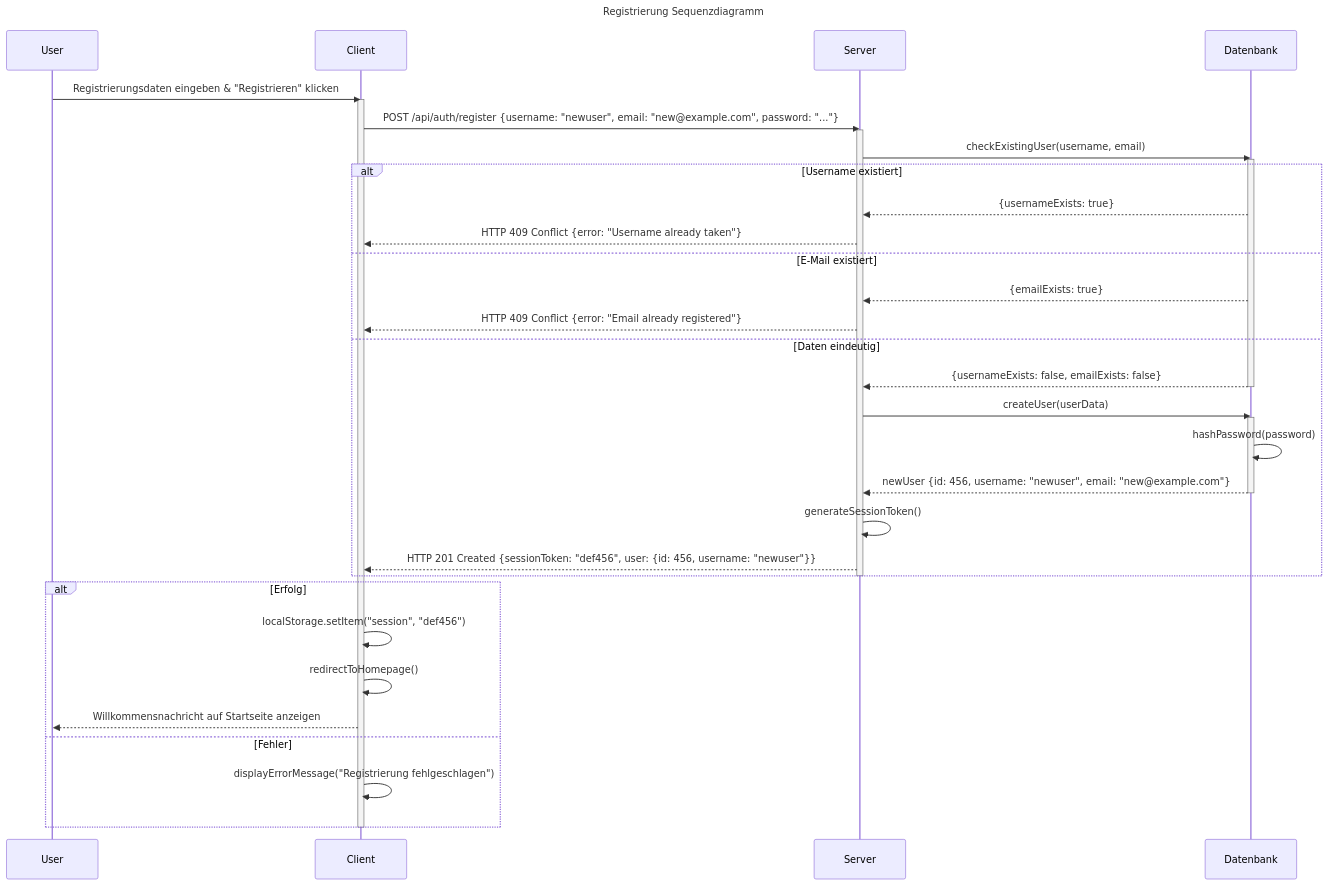
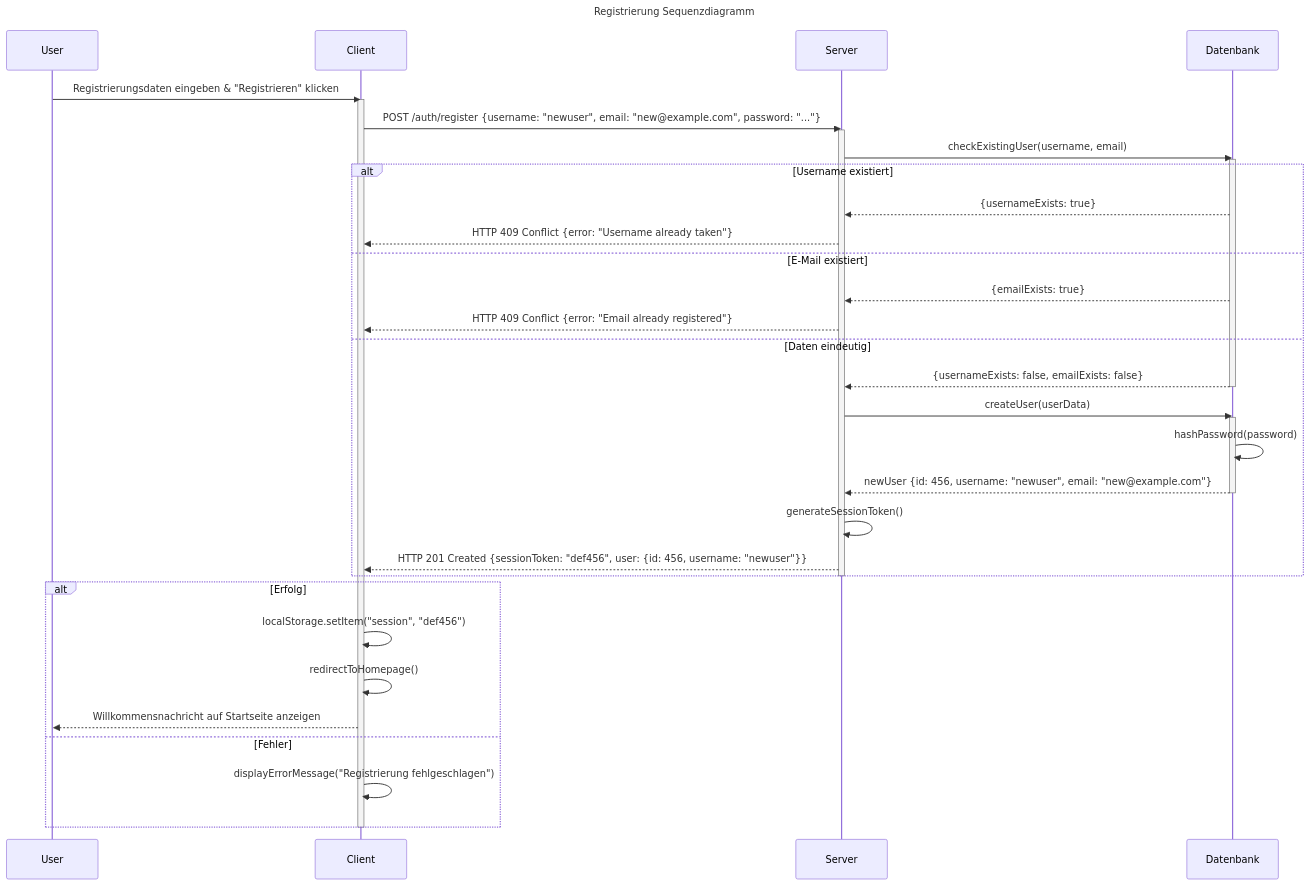
Before and after one commit to Hexfields-Studio/HexfieldsDominion-Artefacts: the diagram in srs/account_management/registration/registration.md, drawn with Mermaid. The commit also changed 5 other files, not shown here.

Commit message:
update seq-dgs according to class diagram

````diff
--- a/srs/account_management/registration/registration.md
+++ b/srs/account_management/registration/registration.md
@@ -32,47 +32,47 @@
 ```mermaid
 sequenceDiagram
     title Registrierung Sequenzdiagramm
 
     participant User
     participant Client
     participant Server
     participant Datenbank
 
     User->>Client: Registrierungsdaten eingeben & "Registrieren" klicken
     activate Client
     
-    Client->>Server: POST /api/auth/register {username: "newuser", email: "new@example.com", password: "..."}
+    Client->>Server: POST /auth/register {username: "newuser", email: "new@example.com", password: "..."}
     activate Server
     
     Server->>Datenbank: checkExistingUser(username, email)
     activate Datenbank
     alt Username existiert
         Datenbank-->>Server: {usernameExists: true}
         Server-->>Client: HTTP 409 Conflict {error: "Username already taken"}
     else E-Mail existiert
         Datenbank-->>Server: {emailExists: true}
         Server-->>Client: HTTP 409 Conflict {error: "Email already registered"}
     else Daten eindeutig
         Datenbank-->>Server: {usernameExists: false, emailExists: false}
         deactivate Datenbank
         
         Server->>Datenbank: createUser(userData)
         activate Datenbank
         Datenbank->>Datenbank: hashPassword(password)
         Datenbank-->>Server: newUser {id: 456, username: "newuser", email: "new@example.com"}
         deactivate Datenbank
         
         Server->>Server: generateSessionToken()
         Server-->>Client: HTTP 201 Created {sessionToken: "def456", user: {id: 456, username: "newuser"}}
     end
     deactivate Server
     
     alt Erfolg
         Client->>Client: localStorage.setItem("session", "def456")
         Client->>Client: redirectToHomepage()
         Client-->>User: Willkommensnachricht auf Startseite anzeigen
     else Fehler
         Client->>Client: displayErrorMessage("Registrierung fehlgeschlagen")
     end
     deactivate Client
 ```
````
